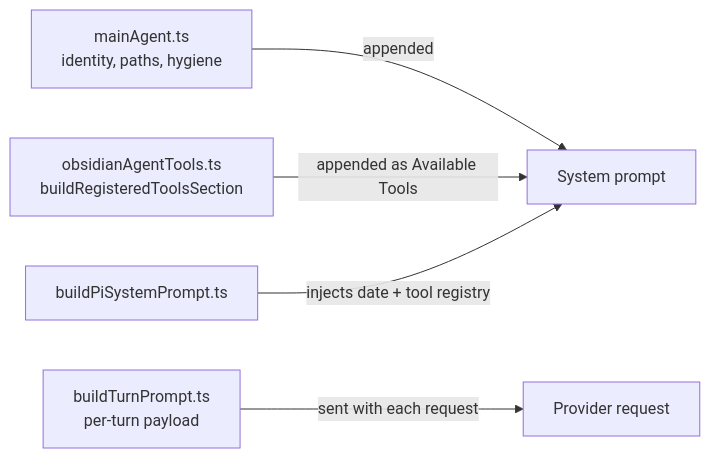
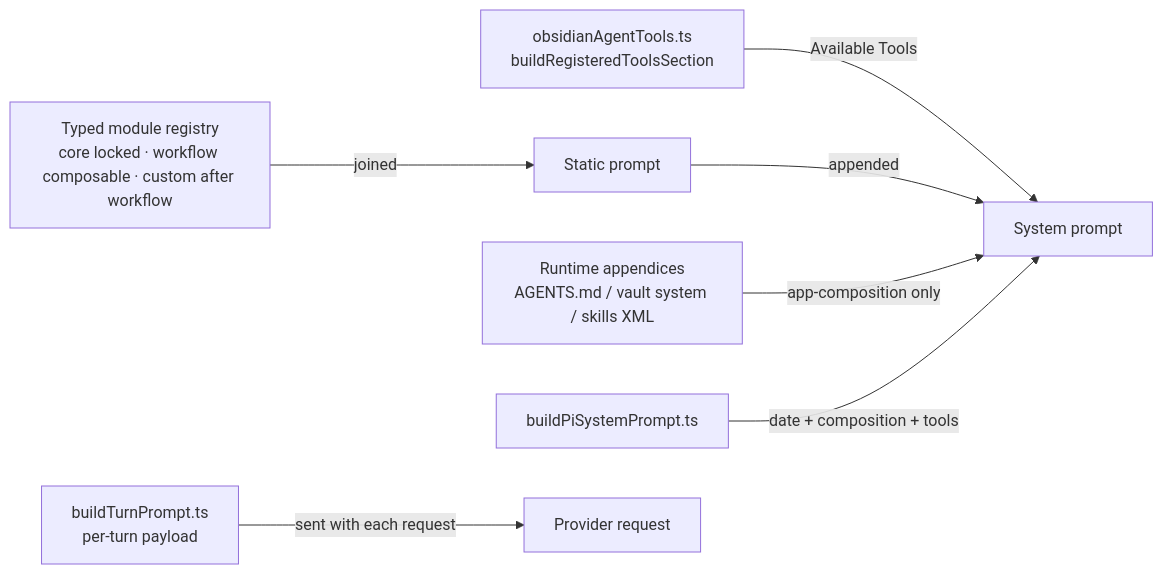
One commit to shuuul/obsidian-pivi changed the second of 2 diagrams in docs/07-tools-skills-mcp-and-integrations.md. Above: the diagram before and after it, drawn with Mermaid. The commit also changed other lines of this file and 68 other files, not shown here.

First line of the commit message:
feat: add composable system-prompt modules

````diff
--- a/docs/07-tools-skills-mcp-and-integrations.md
+++ b/docs/07-tools-skills-mcp-and-integrations.md
@@ -30,7 +30,9 @@
 ```mermaid
 flowchart LR
-  Base["mainAgent.ts<br/>identity, paths, hygiene"] -- "appended" --> Full["System prompt"]
-  Tools["obsidianAgentTools.ts<br/>buildRegisteredToolsSection"] -- "appended as Available Tools" --> Full
+  Registry["Typed module registry<br/>core locked · workflow composable · custom after workflow"] -- "joined" --> Static["Static prompt"]
+  Tools["obsidianAgentTools.ts<br/>buildRegisteredToolsSection"] -- "Available Tools" --> Full["System prompt"]
+  Static -- "appended" --> Full
+  Appendices["Runtime appendices<br/>AGENTS.md / vault system / skills XML"] -- "app-composition only" --> Full
+  Pi["buildPiSystemPrompt.ts"] -- "date + composition + tools" --> Full
   Turn["buildTurnPrompt.ts<br/>per-turn payload"] -- "sent with each request" --> Request["Provider request"]
-  Pi["buildPiSystemPrompt.ts"] -- "injects date + tool registry" --> Full
 ```
````
